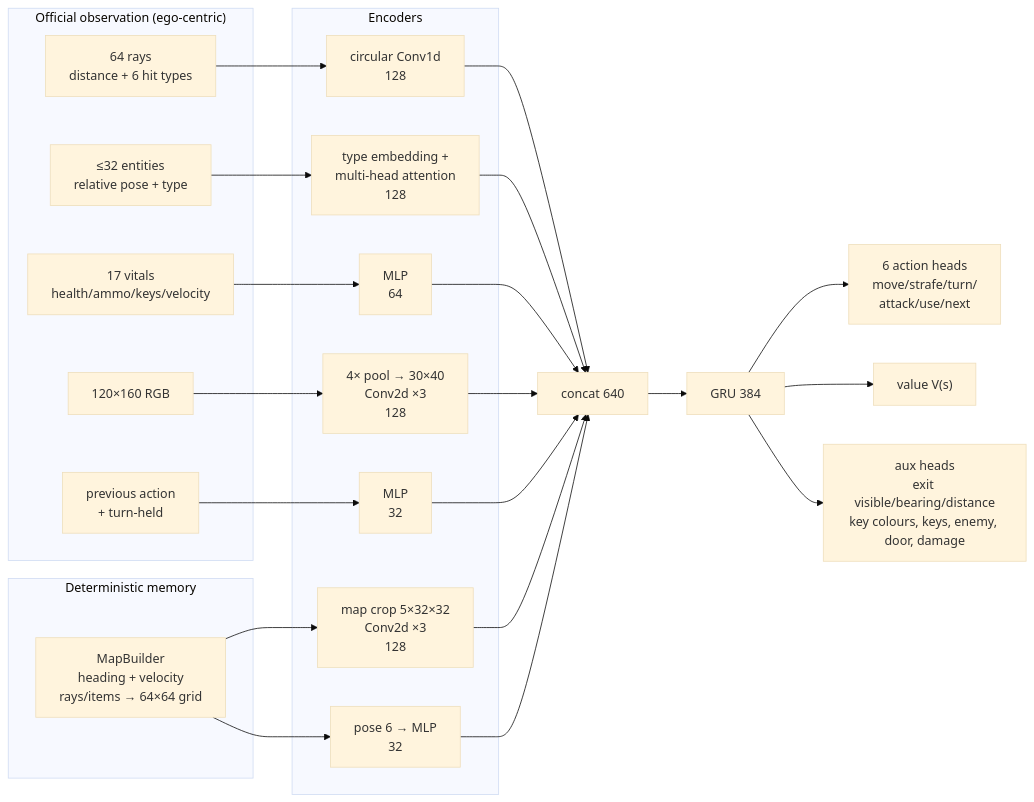
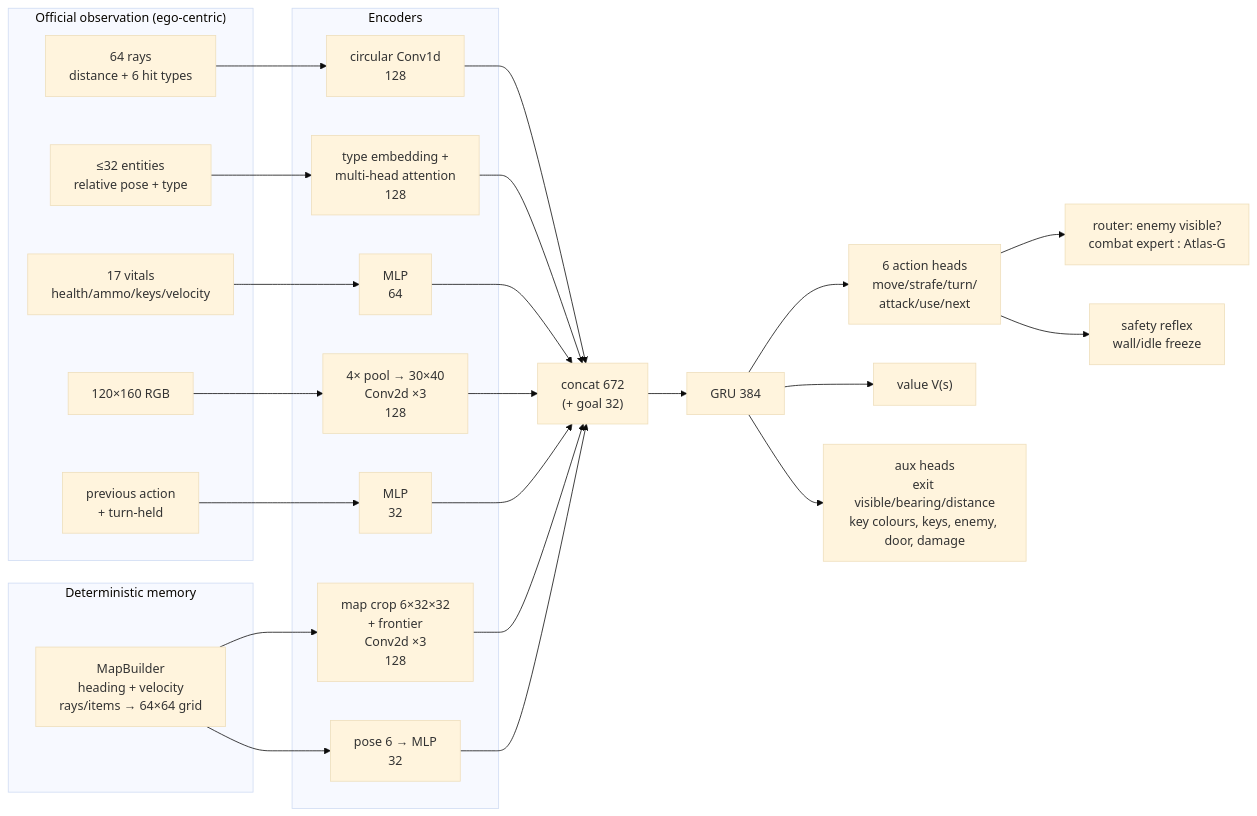
Before and after one commit to Science-wizard/DoomForge: the first of 2 diagrams in README.md, drawn with Mermaid (base theme). The commit also changed other lines of this file and 39 other files, not shown here.

````diff
--- a/README.md
+++ b/README.md
@@ -44,43 +44,45 @@
 ```mermaid
 flowchart LR
     subgraph OBS["Official observation (ego-centric)"]
         R["64 rays<br/>distance + 6 hit types"]
         E["≤32 entities<br/>relative pose + type"]
         V["17 vitals<br/>health/ammo/keys/velocity"]
         G["120×160 RGB"]
         P["previous action<br/>+ turn-held"]
     end
 
     subgraph ENC["Encoders"]
         RC["circular Conv1d<br/>128"]
         EC["type embedding +<br/>multi-head attention<br/>128"]
         VC["MLP<br/>64"]
         GC["4× pool → 30×40<br/>Conv2d ×3<br/>128"]
         PC["MLP<br/>32"]
-        MC["map crop 5×32×32<br/>Conv2d ×3<br/>128"]
+        MC["map crop 6×32×32<br/>+ frontier<br/>Conv2d ×3<br/>128"]
         OC["pose 6 → MLP<br/>32"]
     end
 
     subgraph MEM["Deterministic memory"]
         MB["MapBuilder<br/>heading + velocity<br/>rays/items → 64×64 grid"]
     end
 
     R --> RC
     E --> EC
     V --> VC
     G --> GC
     P --> PC
     MB --> MC
     MB --> OC
-    RC --> F["concat 640"]
+    RC --> F["concat 672<br/>(+ goal 32)"]
     EC --> F
     VC --> F
     GC --> F
     PC --> F
     MC --> F
     OC --> F
     F --> GRU["GRU 384"]
     GRU --> A["6 action heads<br/>move/strafe/turn/<br/>attack/use/next"]
+    A --> RT["router: enemy visible?<br/>combat expert : Atlas-G"]
+    A --> RF["safety reflex<br/>wall/idle freeze"]
     GRU --> CR["value V(s)"]
     GRU --> AU["aux heads<br/>exit visible/bearing/distance<br/>key colours, keys, enemy, door, damage"]
 ```
````
